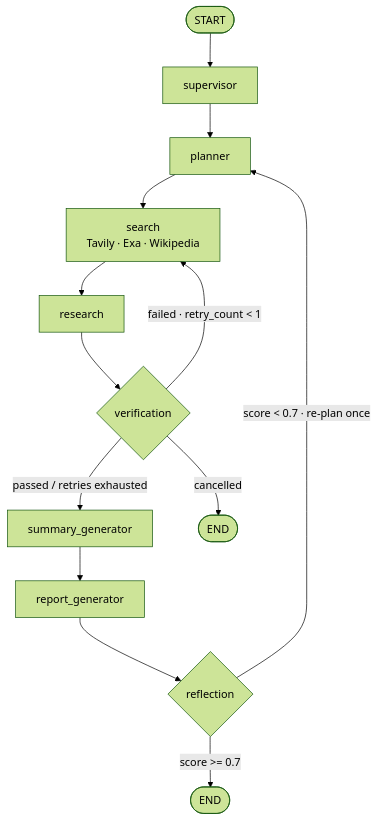
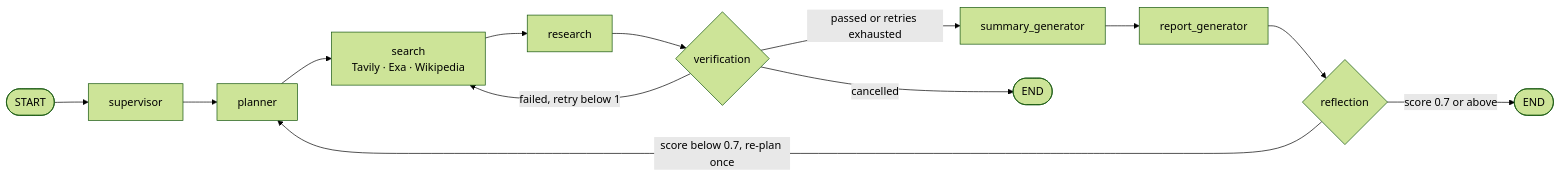
The ninth of 15 diagrams in README.md (vishalgoyal25/TheKnowledgeOrbits), drawn with Mermaid (forest theme) before and after one commit. The commit also changed other lines of this file and 1 other file, not shown here.

Commit message:
docs: fix mermaid subgraph-edge rendering bugs, update test count to 714

````diff
--- a/README.md
+++ b/README.md
@@ -576,18 +570,18 @@
 ```mermaid
-flowchart TB
+flowchart LR
     START([START]) --> SUP["supervisor"]
     SUP --> PLAN["planner"]
     PLAN --> SEARCH["search<br/>Tavily · Exa · Wikipedia"]
     SEARCH --> RES["research"]
     RES --> VER{"verification"}
 
-    VER -->|passed / retries exhausted| SUM["summary_generator"]
-    VER -->|failed · retry_count &lt; 1| SEARCH
+    VER -->|passed or retries exhausted| SUM["summary_generator"]
+    VER -->|failed, retry below 1| SEARCH
     VER -->|cancelled| E1([END])
 
     SUM --> REP["report_generator"]
     REP --> REF{"reflection"}
 
-    REF -->|score &lt; 0.7 · re-plan once| PLAN
-    REF -->|score &gt;= 0.7| E2([END])
+    REF -->|score below 0.7, re-plan once| PLAN
+    REF -->|score 0.7 or above| E2([END])
 ```
````
